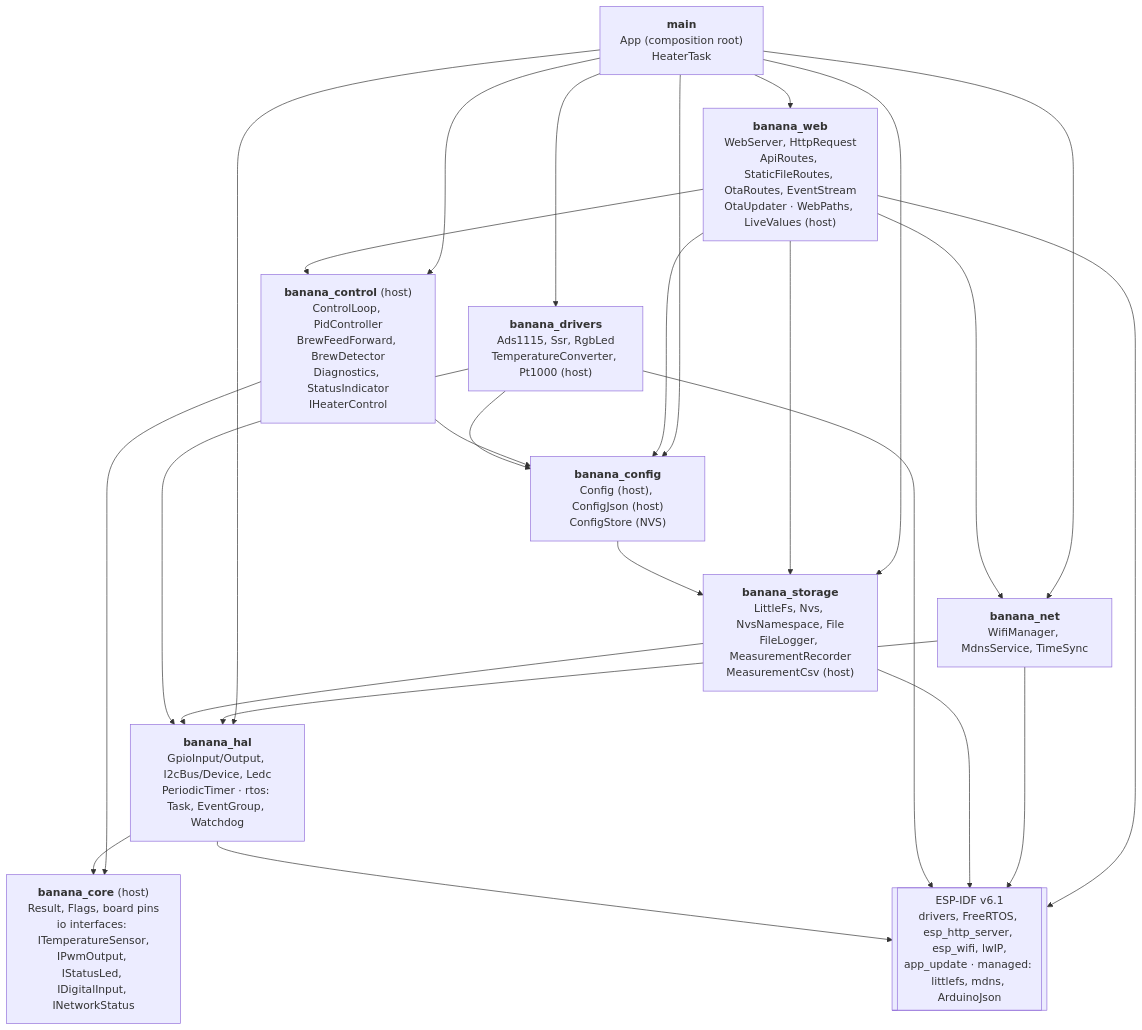
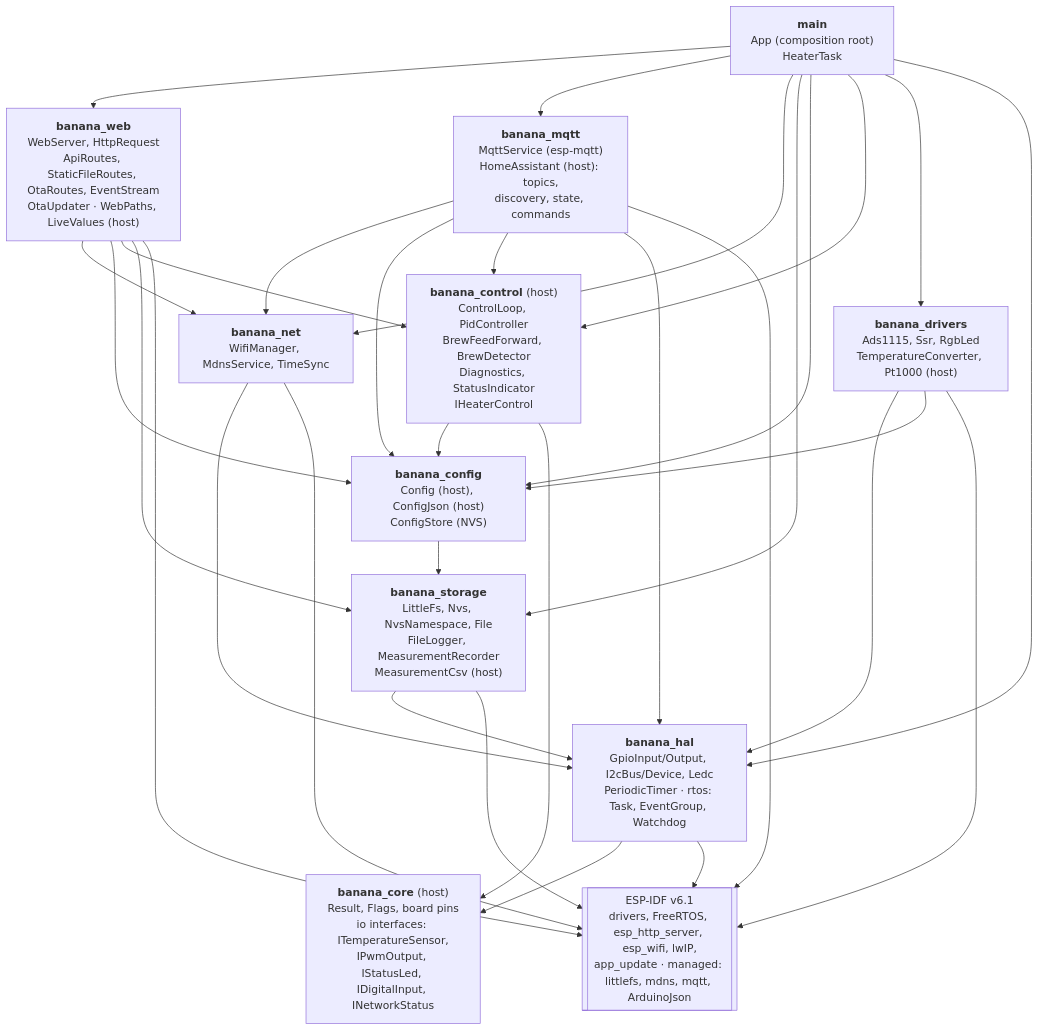
Before and after one commit to sebgad/bananactrl: the first of 2 diagrams in docs/ARCHITECTURE.md, drawn with Mermaid. The commit also changed other lines of this file and 28 other files, not shown here.

First line of the commit message:
Add optional MQTT service for Home Assistant

````diff
--- a/docs/ARCHITECTURE.md
+++ b/docs/ARCHITECTURE.md
@@ -8,24 +8,26 @@
 ```mermaid
 flowchart TD
     main["<b>main</b><br/>App (composition root)<br/>HeaterTask"]
 
     web["<b>banana_web</b><br/>WebServer, HttpRequest<br/>ApiRoutes, StaticFileRoutes, OtaRoutes, EventStream<br/>OtaUpdater · WebPaths, LiveValues (host)"]
     net["<b>banana_net</b><br/>WifiManager, MdnsService, TimeSync"]
+    mqtt["<b>banana_mqtt</b><br/>MqttService (esp-mqtt)<br/>HomeAssistant (host): topics,<br/>discovery, state, commands"]
     storage["<b>banana_storage</b><br/>LittleFs, Nvs, NvsNamespace, File<br/>FileLogger, MeasurementRecorder<br/>MeasurementCsv (host)"]
     config["<b>banana_config</b><br/>Config (host), ConfigJson (host)<br/>ConfigStore (NVS)"]
     control["<b>banana_control</b> (host)<br/>ControlLoop, PidController<br/>BrewFeedForward, BrewDetector<br/>Diagnostics, StatusIndicator<br/>IHeaterControl"]
     drivers["<b>banana_drivers</b><br/>Ads1115, Ssr, RgbLed<br/>TemperatureConverter, Pt1000 (host)"]
     hal["<b>banana_hal</b><br/>GpioInput/Output, I2cBus/Device, Ledc<br/>PeriodicTimer · rtos: Task, EventGroup, Watchdog"]
     core["<b>banana_core</b> (host)<br/>Result, Flags, board pins<br/>io interfaces: ITemperatureSensor,<br/>IPwmOutput, IStatusLed, IDigitalInput, INetworkStatus"]
-    idf[["ESP-IDF v6.1<br/>drivers, FreeRTOS, esp_http_server, esp_wifi, lwIP,<br/>app_update · managed: littlefs, mdns, ArduinoJson"]]
+    idf[["ESP-IDF v6.1<br/>drivers, FreeRTOS, esp_http_server, esp_wifi, lwIP,<br/>app_update · managed: littlefs, mdns, mqtt, ArduinoJson"]]
 
-    main --> web & net & storage & config & control & drivers & hal
+    main --> web & mqtt & net & storage & config & control & drivers & hal
+    mqtt --> net & config & control & hal
     web --> net & config & control & storage
     net --> hal
     storage --> hal
     config --> storage
     control --> config & core
     drivers --> hal & config
     hal --> core
-    web & net & storage & drivers & hal --> idf
+    web & mqtt & net & storage & drivers & hal --> idf
 ```
````
